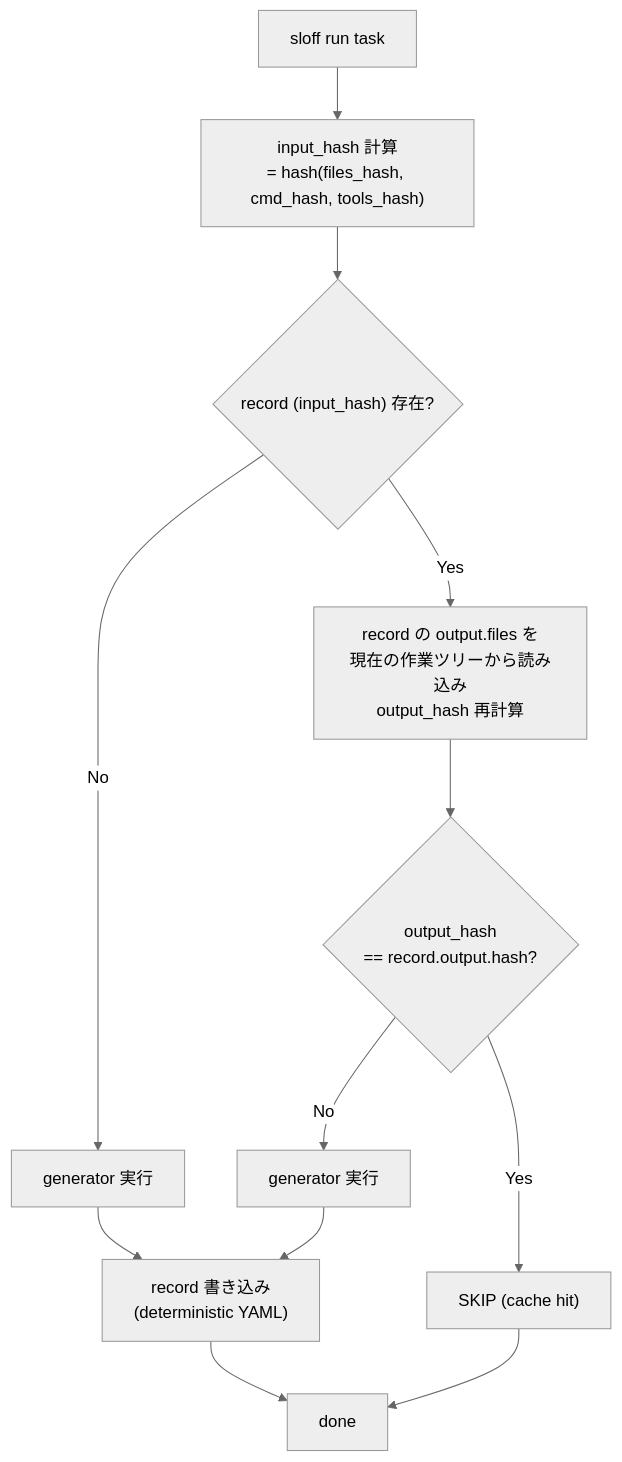
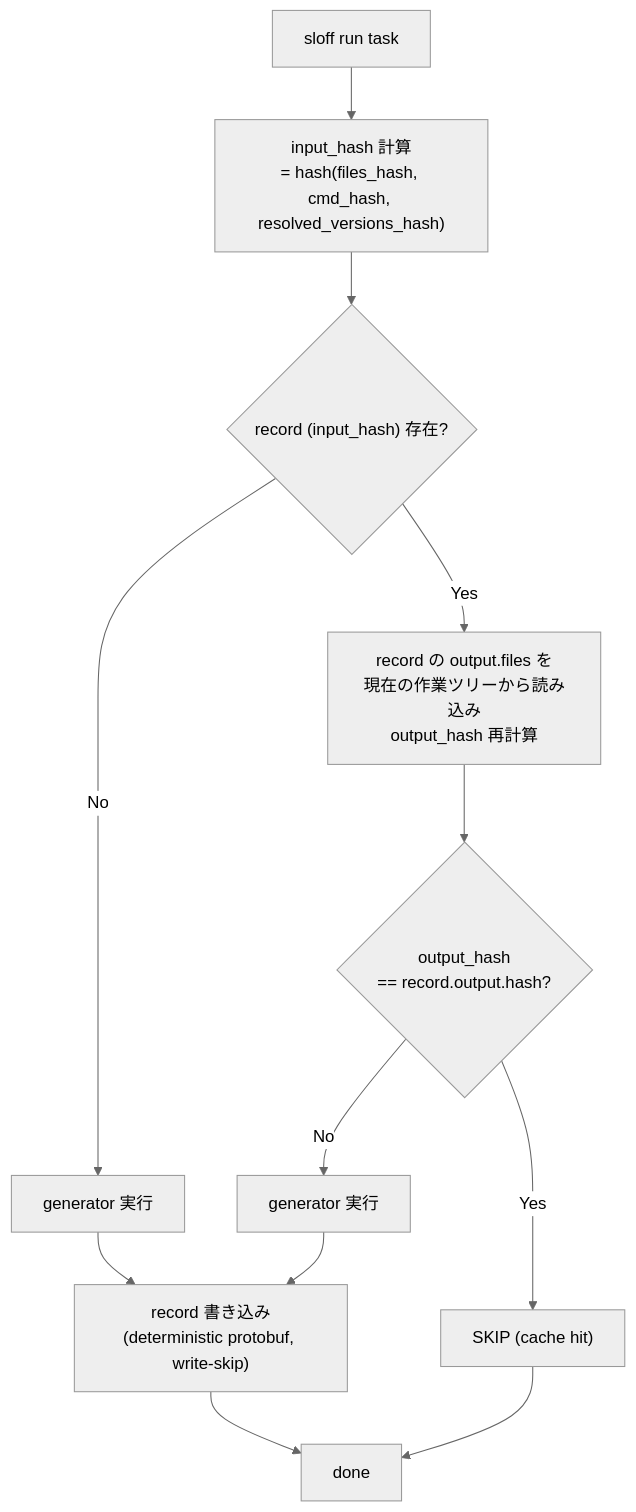
The first of 3 diagrams in docs/design/architecture.md (izumin5210/sloff), drawn with Mermaid (neutral theme) before and after one commit. The commit also changed other lines of this file and 115 other files, not shown here.

First line of the commit message:
feat(cache)!: switch record encoding from YAML to protobuf binary (#22)

````diff
--- a/docs/design/architecture.md
+++ b/docs/design/architecture.md
@@ -81,14 +81,14 @@
 ```mermaid
 flowchart TD
-    START["sloff run task"] --> CALC["input_hash 計算<br/>= hash(files_hash, cmd_hash, tools_hash)"]
+    START["sloff run task"] --> CALC["input_hash 計算<br/>= hash(files_hash, cmd_hash, resolved_versions_hash)"]
     CALC --> LOOKUP{"record (input_hash) 存在?"}
     LOOKUP -- No --> RUN1["generator 実行"]
     LOOKUP -- Yes --> SCAN["record の output.files を<br/>現在の作業ツリーから読み込み<br/>output_hash 再計算"]
     SCAN --> CMP{"output_hash<br/>== record.output.hash?"}
     CMP -- Yes --> SKIP["SKIP (cache hit)"]
     CMP -- No --> RUN2["generator 実行"]
-    RUN1 --> WRITE["record 書き込み<br/>(deterministic YAML)"]
+    RUN1 --> WRITE["record 書き込み<br/>(deterministic protobuf, write-skip)"]
     RUN2 --> WRITE
     WRITE --> DONE["done"]
     SKIP --> DONE
 ```
````
